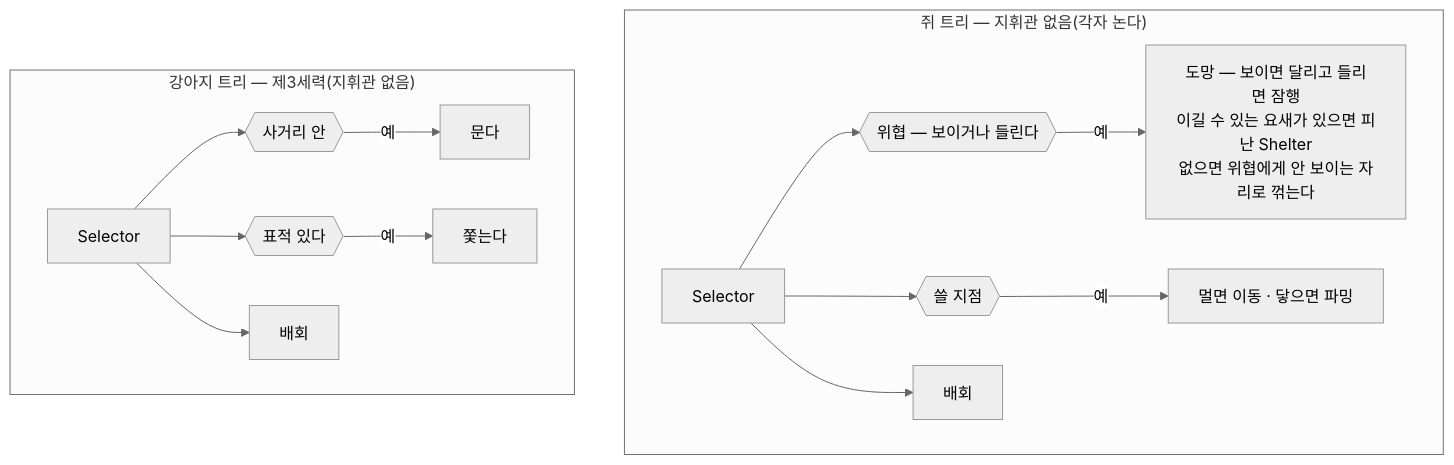
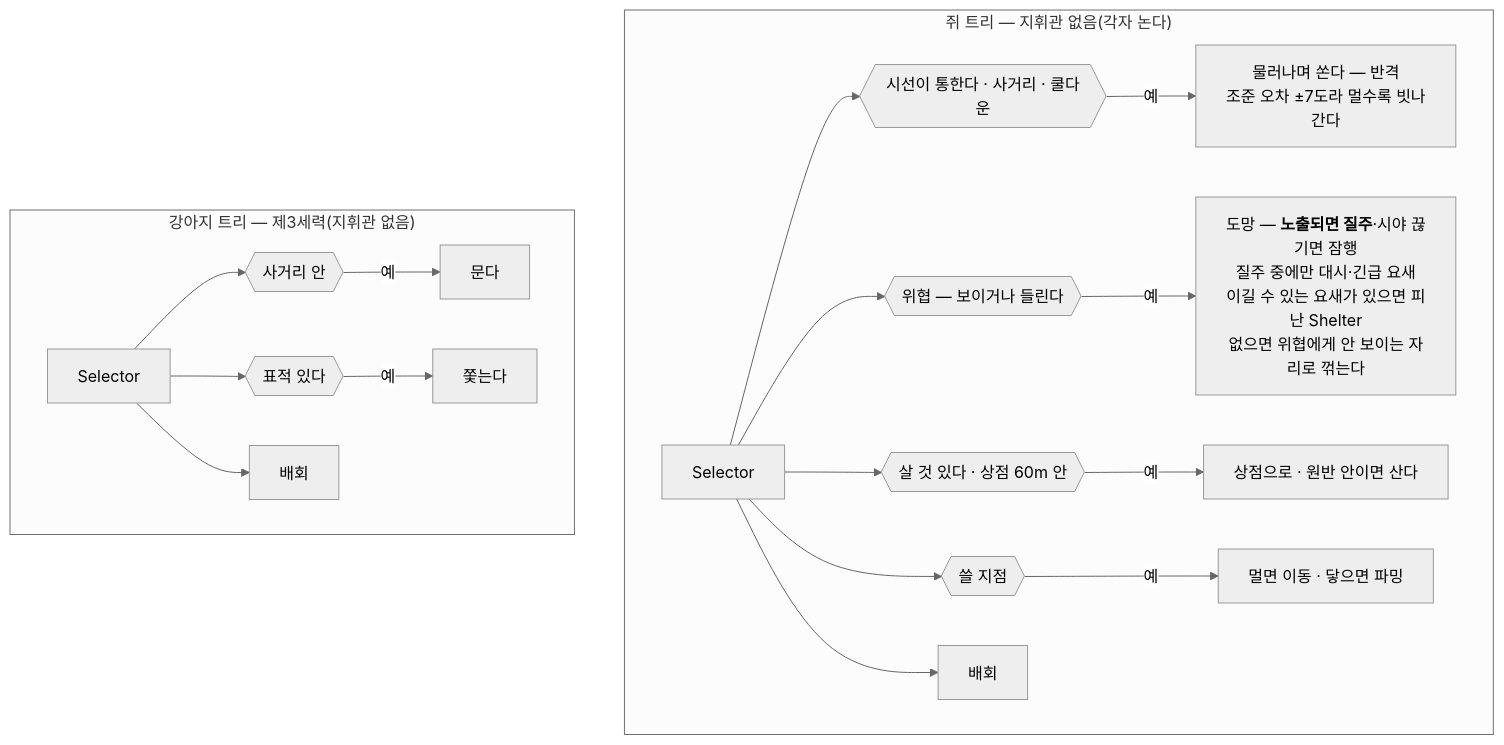
Before and after one commit to JeahanPark/The-Cheese-Thief-and-the-Cat: diagram 29 of 42 in CTC/docs/design-vault/코드 다이어그램.md, drawn with Mermaid (neutral theme). The commit also changed other lines of this file and 21 other files, not shown here.

````diff
--- a/CTC/docs/design-vault/코드 다이어그램.md
+++ b/CTC/docs/design-vault/코드 다이어그램.md
@@ -1561,18 +1573,22 @@
 ```mermaid
 flowchart TB
     subgraph 쥐["쥐 트리 — 지휘관 없음(각자 논다)"]
-        Root[Selector] --> T{{위협 — 보이거나 들린다}}
-        T -->|예| TA[도망 — 보이면 달리고 들리면 잠행<br/>이길 수 있는 요새가 있으면 피난 Shelter<br/>없으면 위협에게 안 보이는 자리로 꺾는다]
+        Root[Selector] --> F{{시선이 통한다 · 사거리 · 쿨다운}}
+        F -->|예| FA[물러나며 쏜다 — 반격<br/>조준 오차 ±7도라 멀수록 빗나간다]
+        Root --> T{{위협 — 보이거나 들린다}}
+        T -->|예| TA[도망 — <b>노출되면 질주</b>·시야 끊기면 잠행<br/>질주 중에만 대시·긴급 요새<br/>이길 수 있는 요새가 있으면 피난 Shelter<br/>없으면 위협에게 안 보이는 자리로 꺾는다]
+        Root --> SH{{살 것 있다 · 상점 60m 안}}
+        SH -->|예| SHA[상점으로 · 원반 안이면 산다]
         Root --> S{{쓸 지점}}
         S -->|예| SA[멀면 이동 · 닿으면 파밍]
         Root --> WW[배회]
     end
 
     subgraph 강아지["강아지 트리 — 제3세력(지휘관 없음)"]
         DRoot[Selector] --> DB{{사거리 안}}
         DB -->|예| DBA[문다]
         DRoot --> DC{{표적 있다}}
         DC -->|예| DCA[쫓는다]
         DRoot --> DR[배회]
     end
 ```
````
